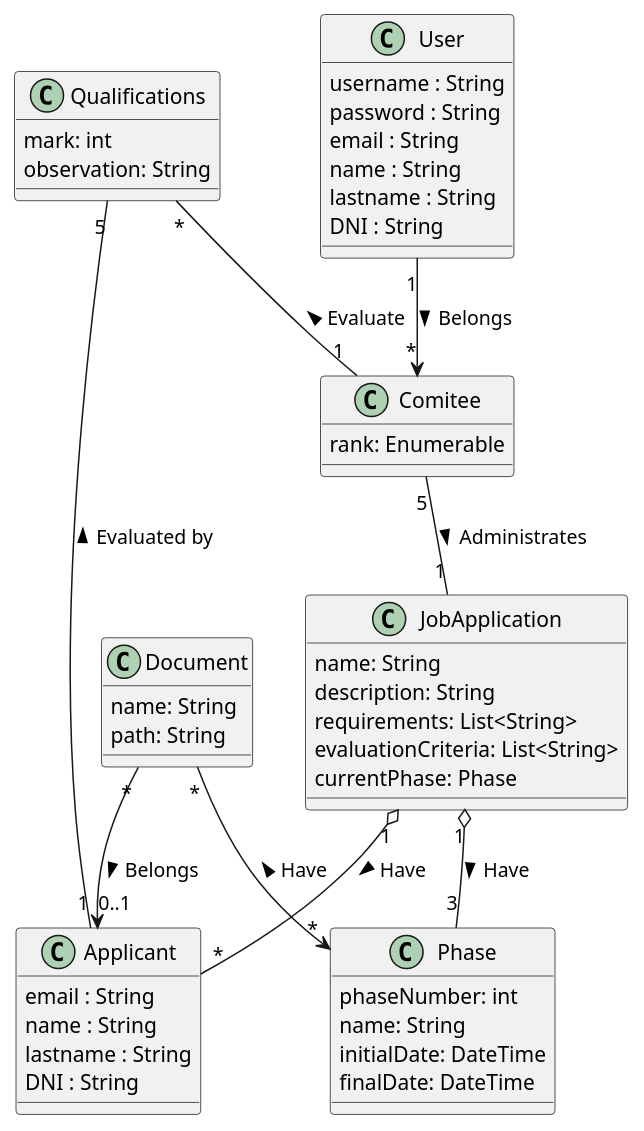
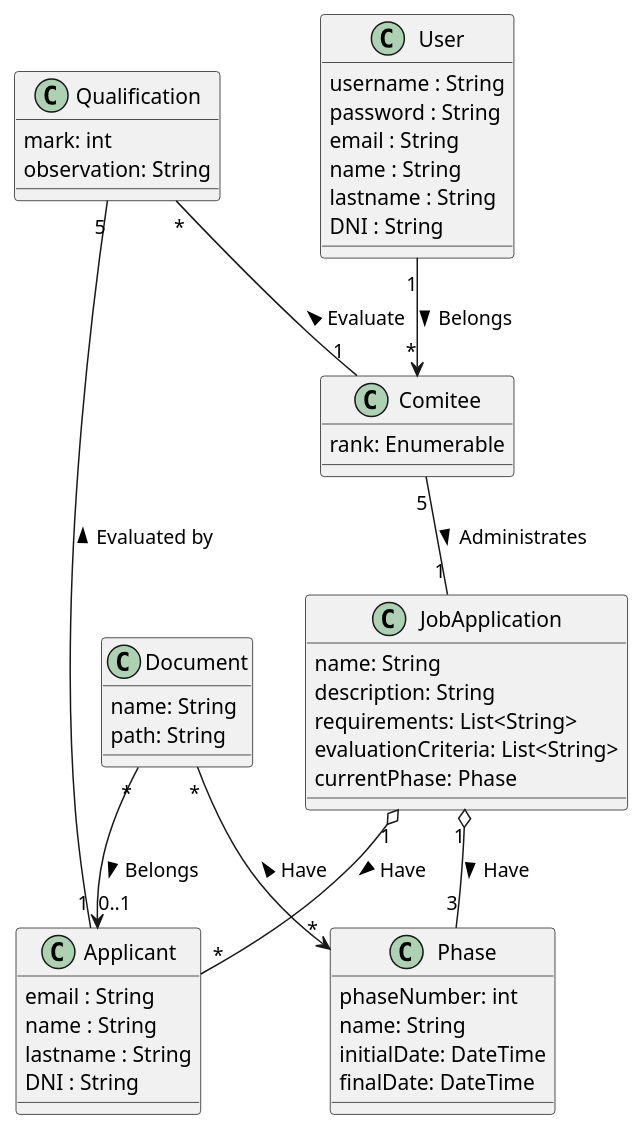
One commit to UdL-EPS-SoftArch/AcademicRecruitAPI-GEI changed the diagram in uml.puml. Above: the diagram before and after it, drawn with PlantUML.

```diff
--- a/uml.puml
+++ b/uml.puml
@@ -1,57 +1,57 @@
 @startuml
 class User{
         username : String
         password : String
         email : String
         name : String
         lastname : String
         DNI : String
 }
 class Comitee{
   rank: Enumerable
 }
 
 
 
 class JobApplication {
 name: String
 description: String
 requirements: List<String>
 evaluationCriteria: List<String>
 currentPhase: Phase
 }
 
 class Phase {
 phaseNumber: int
 name: String
 initialDate: DateTime
 finalDate: DateTime
 }
 class Applicant {
         email : String
         name : String
         lastname : String
         DNI : String
 }
-class Qualifications {
+class Qualification {
 mark: int
 observation: String
 }
 class Document {
 name: String
 path: String
 }
 
 User "1" --> "*" Comitee:Belongs >
 
-Qualifications "*" -- "1" Comitee:Evaluate <
+Qualification "*" -- "1" Comitee:Evaluate <
 
 Comitee "5" -- "1" JobApplication:Administrates >
 
 Document "*" --> "*" Phase:Have <
 JobApplication "1" o-- "3" Phase:Have > 
 
 JobApplication "1" o-- "*" Applicant:Have >
-Qualifications "5" -- "1" Applicant:Evaluated by < 
+Qualification "5" -- "1" Applicant:Evaluated by < 
 Document "*" --> "0..1" Applicant:Belongs >
 @enduml
```
